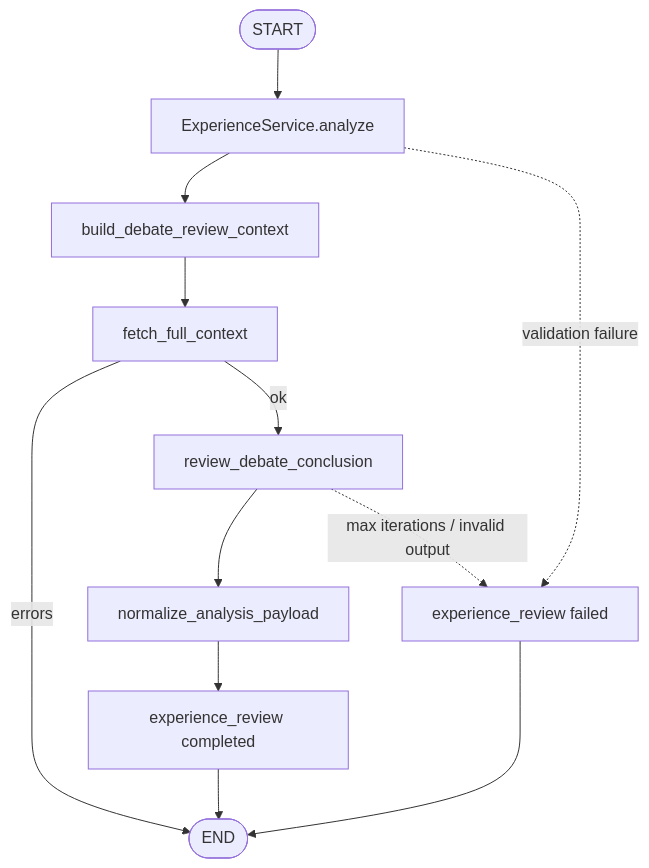
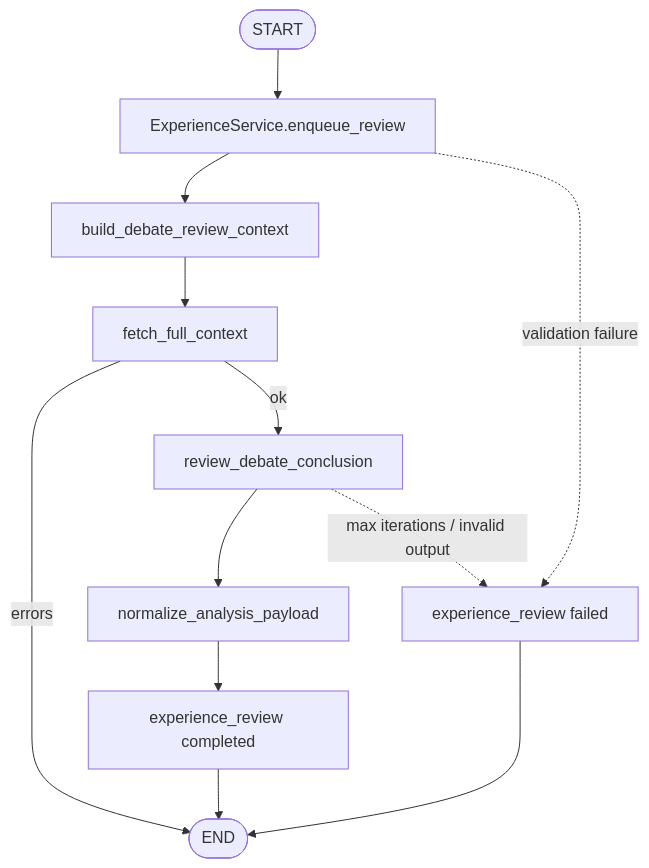
The second of 2 diagrams in backend/app/ai/experience/README.md (MarvekG/BestAITrader), drawn with Mermaid before and after one commit. The commit also changed other lines of this file and 18 other files, not shown here.

````diff
--- a/backend/app/ai/experience/README.md
+++ b/backend/app/ai/experience/README.md
@@ -91,15 +92,15 @@
 ```mermaid
 flowchart TD
-    Start([START]) --> Analyze["ExperienceService.analyze"]
+    Start([START]) --> Analyze["ExperienceService.enqueue_review"]
     Analyze --> BuildContext["build_debate_review_context"]
     BuildContext --> Fetch["fetch_full_context"]
     Fetch -->|errors| End([END])
     Fetch -->|ok| Review["review_debate_conclusion"]
     Review --> Normalize["normalize_analysis_payload"]
     Normalize --> Completed["experience_review completed"]
     Completed --> End
 
     Analyze -. validation failure .-> Failed["experience_review failed"]
     Review -. max iterations / invalid output .-> Failed
     Failed --> End
 ```
````
